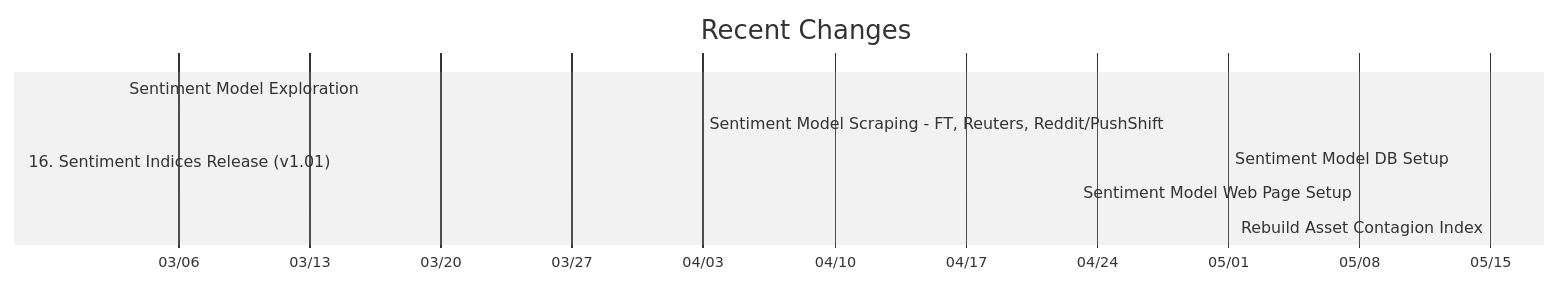
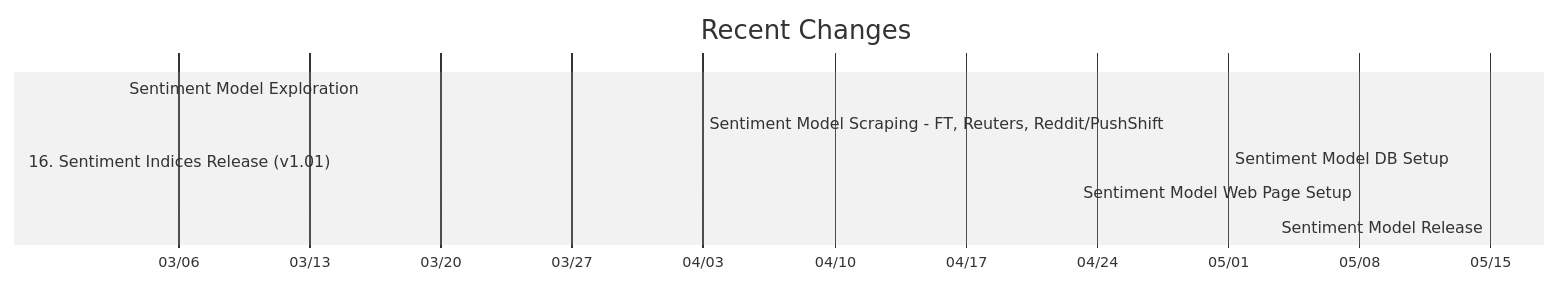
One commit to bongohead/econforecasting-r changed the diagram in README.md. Above: the diagram before and after it, drawn with Mermaid (neutral theme). The commit also changed other lines of this file and 1 other file, not shown here.

````diff
--- a/README.md
+++ b/README.md
@@ -10,12 +10,12 @@
 ```mermaid
 gantt
     title Recent Changes
     dateFormat  M/D/Y
     axisFormat  %m/%d
     section 16. Sentiment Indices Release (v1.01)
       Sentiment Model Exploration      :3/3/22, 4/24/22
       Sentiment Model Scraping - FT, Reuters, Reddit/PushShift      :4/3/22, 5/8/22
       Sentiment Model DB Setup      :5/1/22, 5/8/22
       Sentiment Model Web Page Setup      :5/8/22, 5/15/22
-      Rebuild Asset Contagion Index    :5/15/22, 5/22/22
+      Sentiment Model Release       :5/15/22, 5/15/22
 ```
````
